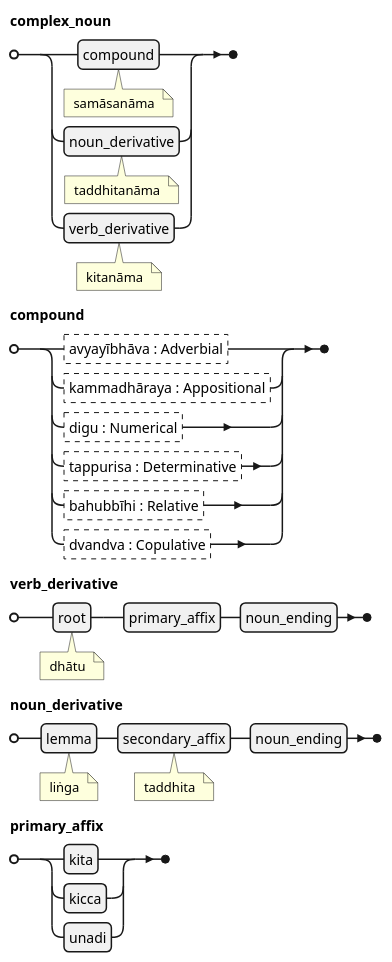
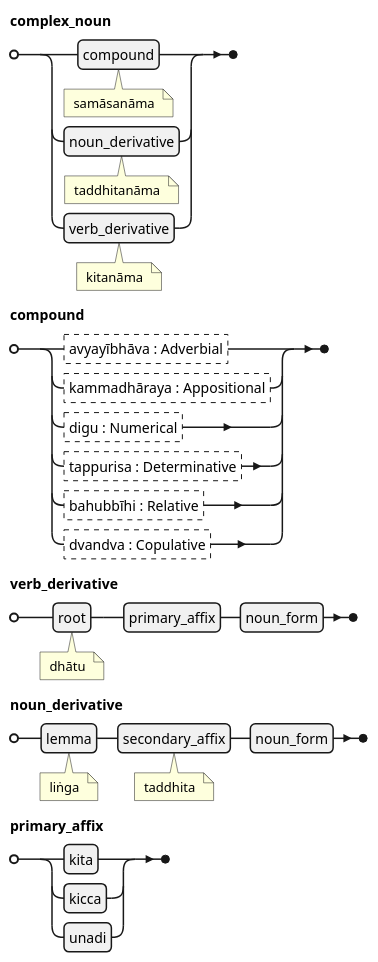
Before and after one commit to ChristineTham/buddhavacana: diagram 11 of 12 in src/content/docs/Pali Textbook/c-grammar.md, drawn with PlantUML. The commit also changed other lines of this file and 48 other files, not shown here.

````diff
--- a/src/content/docs/Pali Textbook/c-grammar.md
+++ b/src/content/docs/Pali Textbook/c-grammar.md
@@ -241,18 +241,18 @@
 ```plantuml
 @startebnf
 complex_noun =
   compound (* samāsanāma *) |
   noun_derivative (* taddhitanāma *) |
   verb_derivative (* kitanāma *) ;
 compound =
   ?avyayībhāva : Adverbial? |
   ?kammadhāraya : Appositional? |
   ?digu : Numerical? |
   ?tappurisa : Determinative? |
   ?bahubbīhi : Relative? |
   ?dvandva : Copulative? ;
-verb_derivative = root (* dhātu *), primary_affix, noun_ending ;
-noun_derivative = lemma (* liṅga *), secondary_affix (* taddhita *), noun_ending ;
+verb_derivative = root (* dhātu *), primary_affix, noun_form ;
+noun_derivative = lemma (* liṅga *), secondary_affix (* taddhita *), noun_form ;
 primary_affix = kita | kicca | unadi;
 @endebnf
 ```
````
